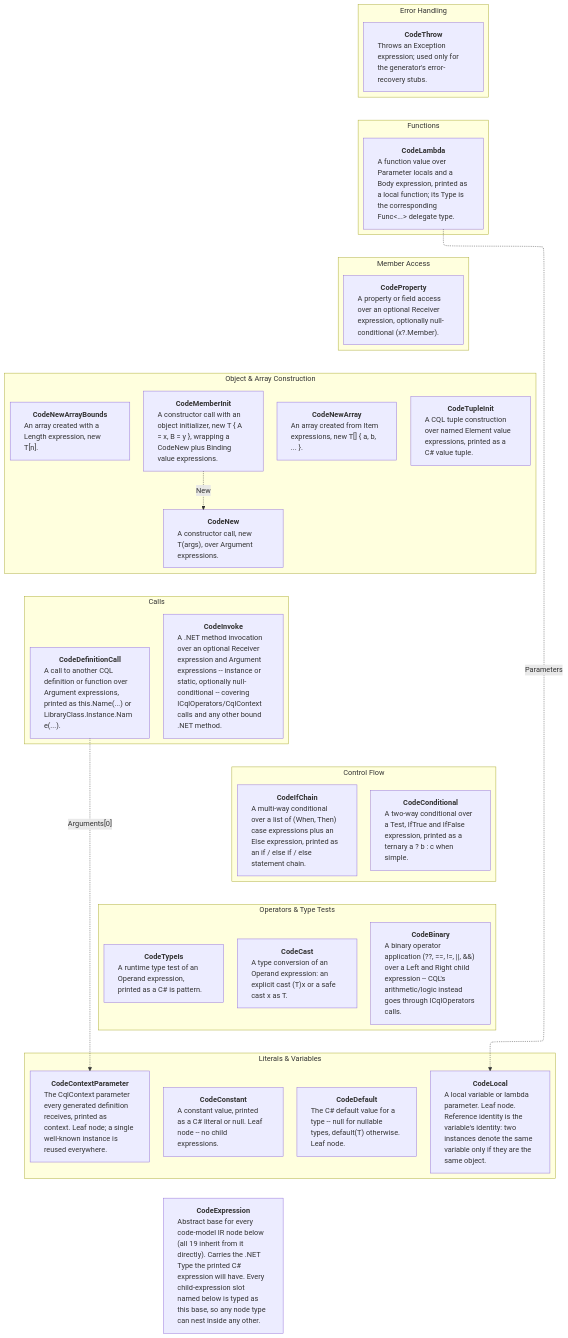
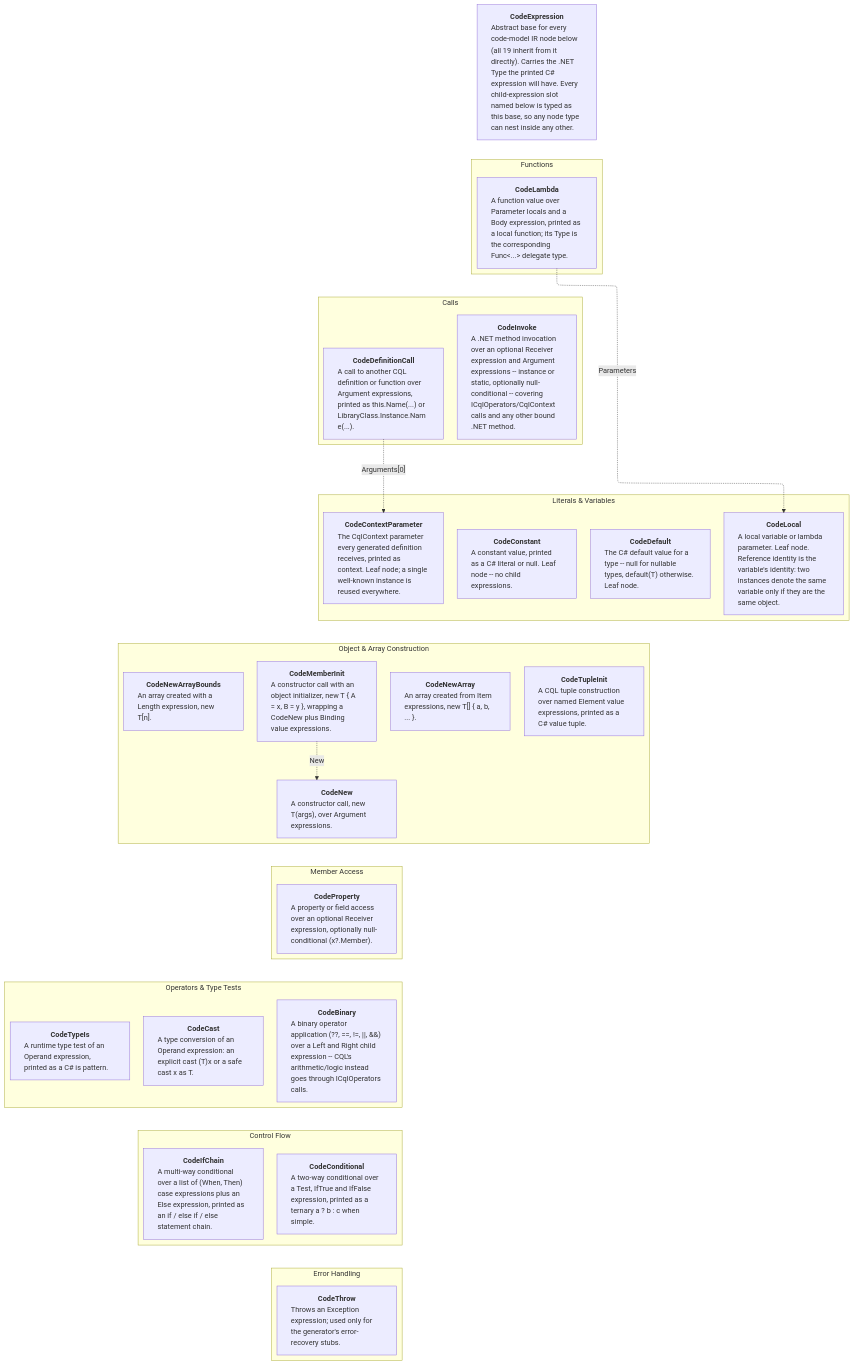
The diagram in docs/diagrams/dependency-diagrams.codemodel-expressions.mmd (FirelyTeam/firely-cql-sdk), drawn with Mermaid before and after one commit. The commit also changed 1 other file, not shown here.

Commit message:
Reorder the CodeModel diagram's category chain to shorten cross-category edges
CodeLambda->CodeLocal (Parameters) and CodeDefinitionCall->CodeContextParameter
(Arguments[0]) both target Literals & Variables but the previous invisible-link
chain put their source categories (Functions, Calls) far away from it, forcing
both edges to snake the full height of the diagram along the left margin.

Reordered the chain to: CodeExpression (now first, as requested), Functions,
Calls, Literals & Variables, then the remaining categories -- placing both
edge sources immediately before their shared target so each edge only spans
one category boundary instead of the whole page.

Also dropped a stray standalone "%%" comment line, which mermaid rendered as
a visible orphan node instead of treating as a comment.

```diff
--- a/docs/diagrams/dependency-diagrams.codemodel-expressions.mmd
+++ b/docs/diagrams/dependency-diagrams.codemodel-expressions.mmd
@@ -1,84 +1,89 @@
 %%{init: {
     'layout': 'elk',
     'themeVariables':{
       'lineColor': '#333',
       'lineWidth': 4
     },
     'themeCSS': '.edgeLabel, .edgeLabel p, .edgeLabel rect, .labelBkg { background: transparent !important; background-color: transparent !important; fill: transparent !important; }'
 }}%%
 
 flowchart TB
 
 CodeExpression["<b>CodeExpression</b><br/><div style='text-align:left; max-width:300px; overflow-wrap:anywhere;'>Abstract base for every code-model IR node below (all 19 inherit from it directly). Carries the .NET Type the printed C# expression will have. Every child-expression slot named below is typed as this base, so any node type can nest inside any other.</div>"]
 
 subgraph "Literals & Variables"
 direction TB
 CodeConstant["<b>CodeConstant</b><br/><div style='text-align:left; max-width:280px; overflow-wrap:anywhere;'>A constant value, printed as a C# literal or null. Leaf node -- no child expressions.</div>"]
 CodeDefault["<b>CodeDefault</b><br/><div style='text-align:left; max-width:280px; overflow-wrap:anywhere;'>The C# default value for a type -- null for nullable types, default(T) otherwise. Leaf node.</div>"]
 CodeLocal["<b>CodeLocal</b><br/><div style='text-align:left; max-width:280px; overflow-wrap:anywhere;'>A local variable or lambda parameter. Leaf node. Reference identity is the variable's identity: two instances denote the same variable only if they are the same object.</div>"]
 CodeContextParameter["<b>CodeContextParameter</b><br/><div style='text-align:left; max-width:280px; overflow-wrap:anywhere;'>The CqlContext parameter every generated definition receives, printed as context. Leaf node; a single well-known instance is reused everywhere.</div>"]
 end
 
 subgraph "Operators & Type Tests"
 direction TB
 CodeBinary["<b>CodeBinary</b><br/><div style='text-align:left; max-width:280px; overflow-wrap:anywhere;'>A binary operator application (??, ==, !=, ||, &amp;&amp;) over a Left and Right child expression -- CQL's arithmetic/logic instead goes through ICqlOperators calls.</div>"]
 CodeCast["<b>CodeCast</b><br/><div style='text-align:left; max-width:280px; overflow-wrap:anywhere;'>A type conversion of an Operand expression: an explicit cast (T)x or a safe cast x as T.</div>"]
 CodeTypeIs["<b>CodeTypeIs</b><br/><div style='text-align:left; max-width:280px; overflow-wrap:anywhere;'>A runtime type test of an Operand expression, printed as a C# is pattern.</div>"]
 end
 
 subgraph "Control Flow"
 direction TB
 CodeConditional["<b>CodeConditional</b><br/><div style='text-align:left; max-width:280px; overflow-wrap:anywhere;'>A two-way conditional over a Test, IfTrue and IfFalse expression, printed as a ternary a ? b : c when simple.</div>"]
 CodeIfChain["<b>CodeIfChain</b><br/><div style='text-align:left; max-width:280px; overflow-wrap:anywhere;'>A multi-way conditional over a list of (When, Then) case expressions plus an Else expression, printed as an if / else if / else statement chain.</div>"]
 end
 
 subgraph Calls
 direction TB
 CodeInvoke["<b>CodeInvoke</b><br/><div style='text-align:left; max-width:280px; overflow-wrap:anywhere;'>A .NET method invocation over an optional Receiver expression and Argument expressions -- instance or static, optionally null-conditional -- covering ICqlOperators/CqlContext calls and any other bound .NET method.</div>"]
 CodeDefinitionCall["<b>CodeDefinitionCall</b><br/><div style='text-align:left; max-width:280px; overflow-wrap:anywhere;'>A call to another CQL definition or function over Argument expressions, printed as this.Name(...) or LibraryClass.Instance.Name(...).</div>"]
 end
 
 subgraph "Object & Array Construction"
 direction TB
 CodeNew["<b>CodeNew</b><br/><div style='text-align:left; max-width:280px; overflow-wrap:anywhere;'>A constructor call, new T(args), over Argument expressions.</div>"]
 CodeMemberInit["<b>CodeMemberInit</b><br/><div style='text-align:left; max-width:280px; overflow-wrap:anywhere;'>A constructor call with an object initializer, new T { A = x, B = y }, wrapping a CodeNew plus Binding value expressions.</div>"]
 CodeTupleInit["<b>CodeTupleInit</b><br/><div style='text-align:left; max-width:280px; overflow-wrap:anywhere;'>A CQL tuple construction over named Element value expressions, printed as a C# value tuple.</div>"]
 CodeNewArray["<b>CodeNewArray</b><br/><div style='text-align:left; max-width:280px; overflow-wrap:anywhere;'>An array created from Item expressions, new T[] { a, b, ... }.</div>"]
 CodeNewArrayBounds["<b>CodeNewArrayBounds</b><br/><div style='text-align:left; max-width:280px; overflow-wrap:anywhere;'>An array created with a Length expression, new T[n].</div>"]
 end
 
 subgraph "Member Access"
 direction TB
 CodeProperty["<b>CodeProperty</b><br/><div style='text-align:left; max-width:280px; overflow-wrap:anywhere;'>A property or field access over an optional Receiver expression, optionally null-conditional (x?.Member).</div>"]
 end
 
 subgraph Functions
 direction TB
 CodeLambda["<b>CodeLambda</b><br/><div style='text-align:left; max-width:280px; overflow-wrap:anywhere;'>A function value over Parameter locals and a Body expression, printed as a local function; its Type is the corresponding Func&lt;...&gt; delegate type.</div>"]
 end
 
 subgraph "Error Handling"
 direction TB
 CodeThrow["<b>CodeThrow</b><br/><div style='text-align:left; max-width:280px; overflow-wrap:anywhere;'>Throws an Exception expression; used only for the generator's error-recovery stubs.</div>"]
 end
 
 %% Only the relationships that name a SPECIFIC concrete type are drawn as edges -- every
 %% child-expression slot named in the descriptions above is generically typed CodeExpression
 %% (any node type may appear there), so drawing all of those would just be ~30 identical edges
 %% converging on one box. These three are the exceptions: a real constructor-level constraint
 %% on which concrete type may appear.
 CodeLambda -.->|Parameters| CodeLocal
 CodeMemberInit -.->|New| CodeNew
 CodeDefinitionCall -.->|"Arguments[0]"| CodeContextParameter
 
 %% Invisible layout-only links: with almost no real edges between categories, ELK has nothing
 %% to infer a top-to-bottom order from and packs the subgraphs into a wide row instead. These
 %% force the intended reading order (top to bottom) without drawing a visible line.
-CodeThrow ~~~ CodeLambda
-CodeLambda ~~~ CodeProperty
-CodeProperty ~~~ CodeNew
-CodeNew ~~~ CodeInvoke
-CodeInvoke ~~~ CodeConditional
-CodeConditional ~~~ CodeBinary
-CodeBinary ~~~ CodeConstant
-CodeConstant ~~~ CodeExpression
+%% Order matters: a real edge's source category must come BEFORE its target category in this
+%% chain, or ELK treats it as a backward edge and produces a scrambled, non-monotonic layout
+%% (seen when this chain started at CodeExpression instead of ending there). Functions (source
+%% of the Parameters edge) and Calls (source of the Arguments[0] edge) both target Literals &
+%% Variables, so both are placed immediately before it here to keep those two edges short.
+CodeExpression ~~~ CodeLambda
+CodeLambda ~~~ CodeInvoke
+CodeInvoke ~~~ CodeConstant
+CodeConstant ~~~ CodeNew
+CodeNew ~~~ CodeProperty
+CodeProperty ~~~ CodeBinary
+CodeBinary ~~~ CodeConditional
+CodeConditional ~~~ CodeThrow
```
